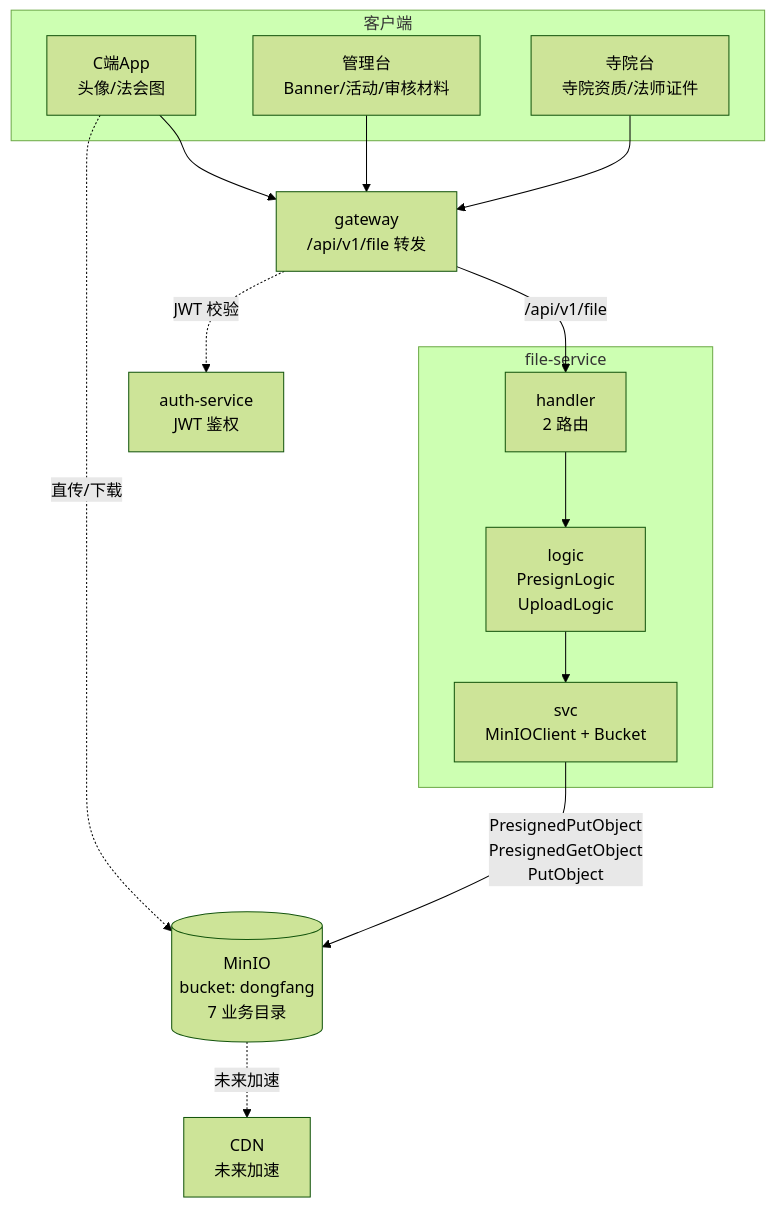
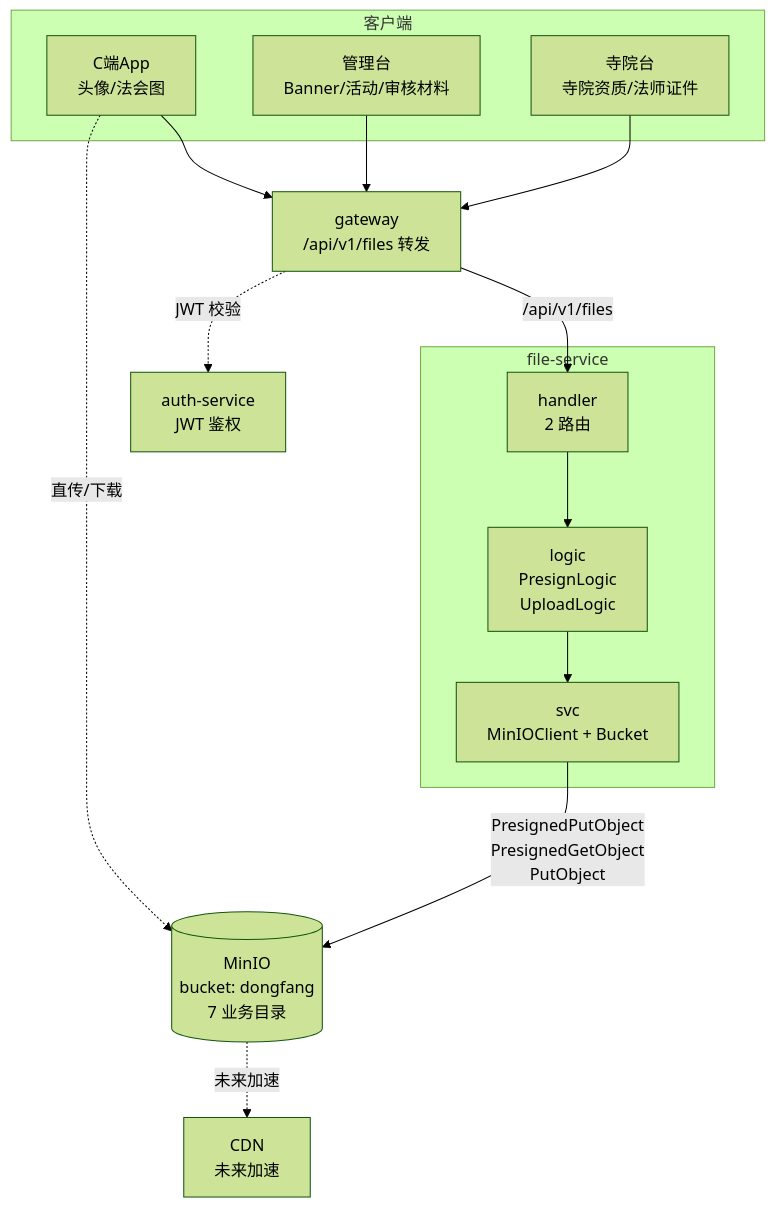
One commit to askxuan-dongfang/askxuan-docs changed the diagram in docs/architecture/services/文件服务.md. Above: the diagram before and after it, drawn with Mermaid (forest theme). The commit also changed other lines of this file and 7 other files, not shown here.

````diff
--- a/docs/architecture/services/文件服务.md
+++ b/docs/architecture/services/文件服务.md
@@ -27,30 +27,30 @@
 ```mermaid
 graph TB
     subgraph 客户端
         C1[C端App<br/>头像/法会图]
         C2[管理台<br/>Banner/活动/审核材料]
         C3[寺院台<br/>寺院资质/法师证件]
     end
 
     subgraph file-service
         HANDLER[handler<br/>2 路由]
         LOGIC[logic<br/>PresignLogic<br/>UploadLogic]
         SVC[svc<br/>MinIOClient + Bucket]
     end
 
-    GW[gateway<br/>/api/v1/file 转发]
+    GW[gateway<br/>/api/v1/files 转发]
     MINIO[(MinIO<br/>bucket: dongfang<br/>7 业务目录)]
     CDN[CDN<br/>未来加速]
     AUTH[auth-service<br/>JWT 鉴权]
 
     C1 --> GW
     C2 --> GW
     C3 --> GW
-    GW -->|/api/v1/file| HANDLER
+    GW -->|/api/v1/files| HANDLER
     HANDLER --> LOGIC
     LOGIC --> SVC
     SVC -->|PresignedPutObject<br/>PresignedGetObject<br/>PutObject| MINIO
     C1 -.直传/下载.-> MINIO
     MINIO -.未来加速.-> CDN
     GW -.JWT 校验.-> AUTH
 ```
````
